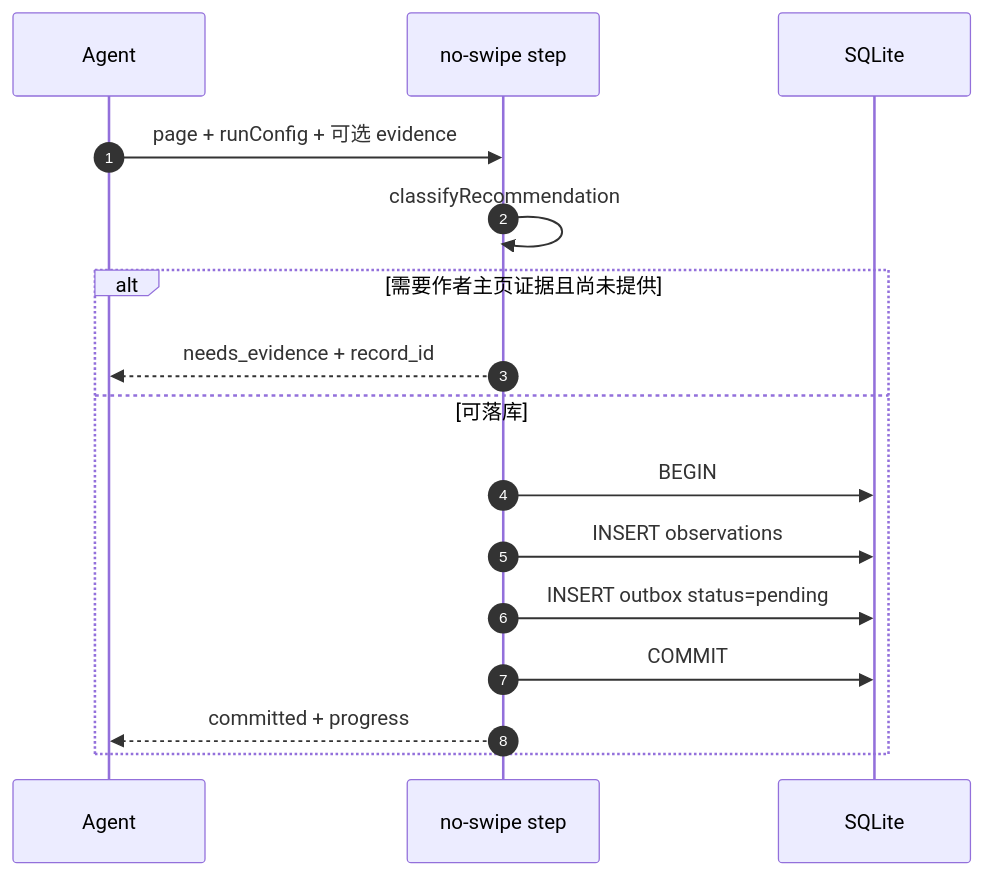
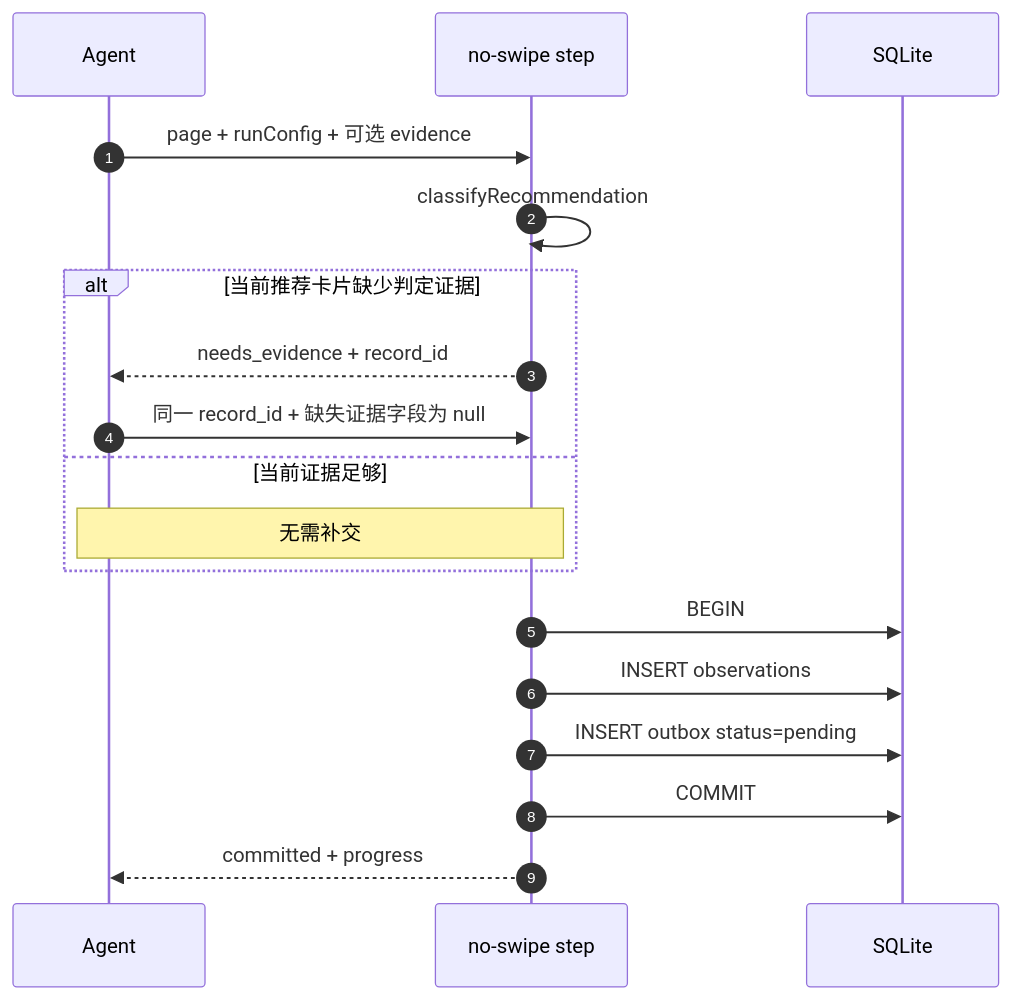
One commit to OfWind/no_swipe changed diagram 11 of 18 in docs/no-swipe-interaction-flows.md. Above: the diagram before and after it, drawn with Mermaid. The commit also changed other lines of this file and 28 other files, not shown here.

````diff
--- a/docs/no-swipe-interaction-flows.md
+++ b/docs/no-swipe-interaction-flows.md
@@ -407,19 +407,21 @@
 ```mermaid
 sequenceDiagram
   autonumber
   participant Agent as Agent
   participant Step as no-swipe step
   participant DB as SQLite
 
   Agent->>Step: page + runConfig + 可选 evidence
   Step->>Step: classifyRecommendation
-  alt 需要作者主页证据且尚未提供
+  alt 当前推荐卡片缺少判定证据
     Step-->>Agent: needs_evidence + record_id
-  else 可落库
-    Step->>DB: BEGIN
-    Step->>DB: INSERT observations
-    Step->>DB: INSERT outbox status=pending
-    Step->>DB: COMMIT
-    Step-->>Agent: committed + progress
+    Agent->>Step: 同一 record_id + 缺失证据字段为 null
+  else 当前证据足够
+    Note over Agent,Step: 无需补交
   end
+  Step->>DB: BEGIN
+  Step->>DB: INSERT observations
+  Step->>DB: INSERT outbox status=pending
+  Step->>DB: COMMIT
+  Step-->>Agent: committed + progress
 ```
````
